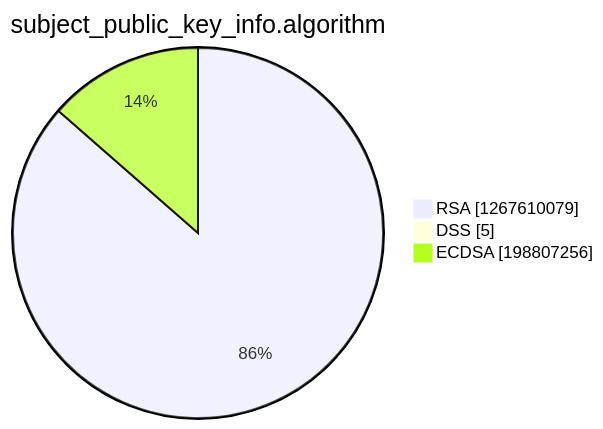
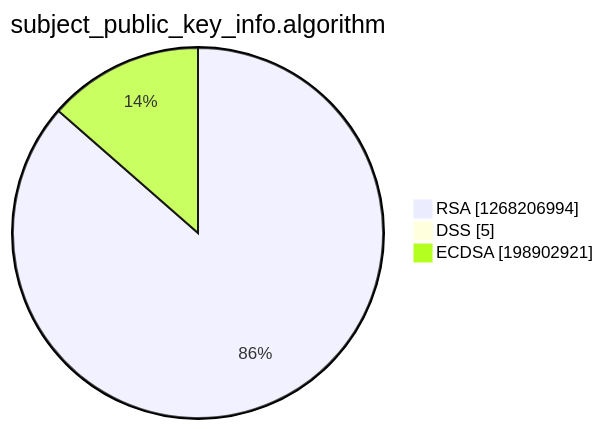
The third of 15 diagrams in argon2022/README.md (christiankrug/ctmonitor_visualization), drawn with Mermaid before and after one commit. The commit also changed other lines of this file, not shown here.

````diff
--- a/argon2022/README.md
+++ b/argon2022/README.md
@@ -14,7 +14,7 @@
 ```mermaid
 pie showData
 title subject_public_key_info.algorithm
-"RSA" :1267610079
+"RSA" :1268206994
 "DSS" :5
-"ECDSA" :198807256
+"ECDSA" :198902921
 ```
````
